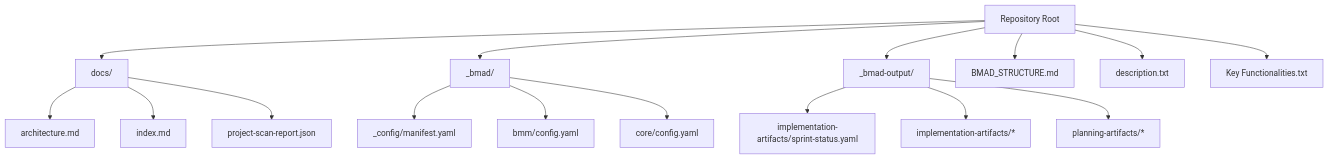
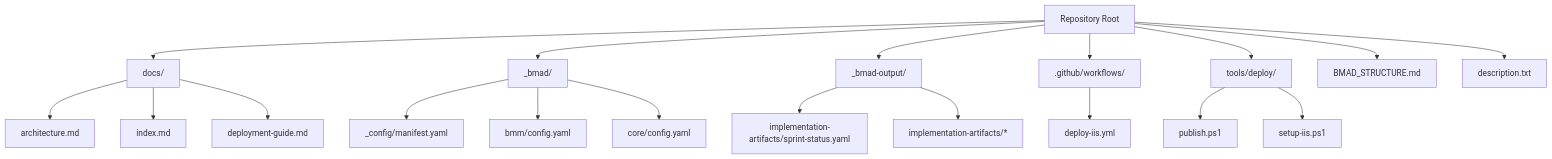
The first of 7 diagrams in .qoder/repowiki/en/content/Configuration and Deployment/Deployment Strategies and Infrastructure.md (lamhongbac/NonCash), drawn with Mermaid before and after one commit. The commit also changed other lines of this file and 2 other files, not shown here.

````diff
--- a/.qoder/repowiki/en/content/Configuration and Deployment/Deployment Strategies and Infrastructure.md
+++ b/.qoder/repowiki/en/content/Configuration and Deployment/Deployment Strategies and Infrastructure.md
@@ -41,18 +59,21 @@
 ```mermaid
 graph TB
 A["Repository Root"] --> B["docs/"]
 A --> C["_bmad/"]
 A --> D["_bmad-output/"]
-A --> E["BMAD_STRUCTURE.md"]
-A --> F["description.txt"]
-A --> G["Key Functionalities.txt"]
+A --> E[".github/workflows/"]
+A --> F["tools/deploy/"]
+A --> G["BMAD_STRUCTURE.md"]
+A --> H["description.txt"]
 B --> B1["architecture.md"]
 B --> B2["index.md"]
-B --> B3["project-scan-report.json"]
+B --> B3["deployment-guide.md"]
 C --> C1["_config/manifest.yaml"]
 C --> C2["bmm/config.yaml"]
 C --> C3["core/config.yaml"]
 D --> D1["implementation-artifacts/sprint-status.yaml"]
 D --> D2["implementation-artifacts/*"]
-D --> D3["planning-artifacts/*"]
+E --> E1["deploy-iis.yml"]
+F --> F1["publish.ps1"]
+F --> F2["setup-iis.ps1"]
 ```
````
